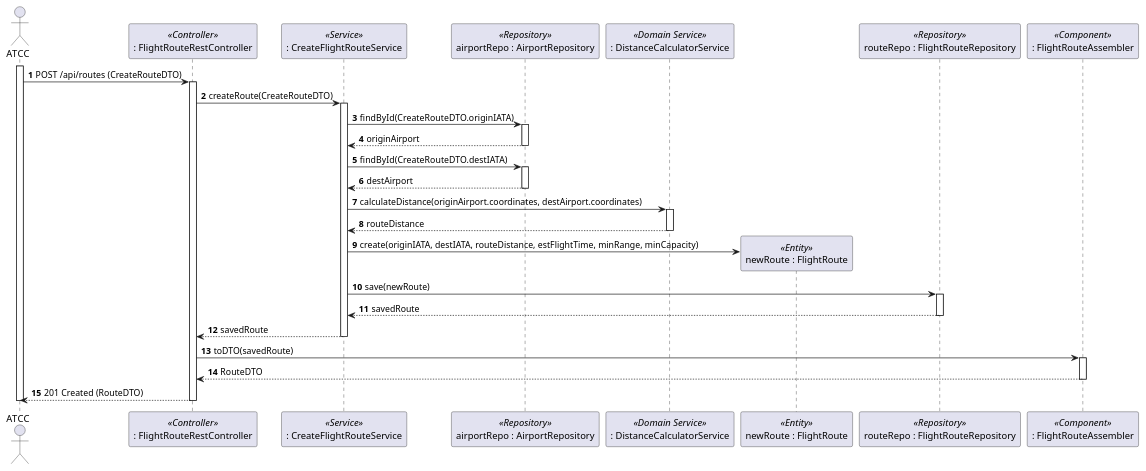
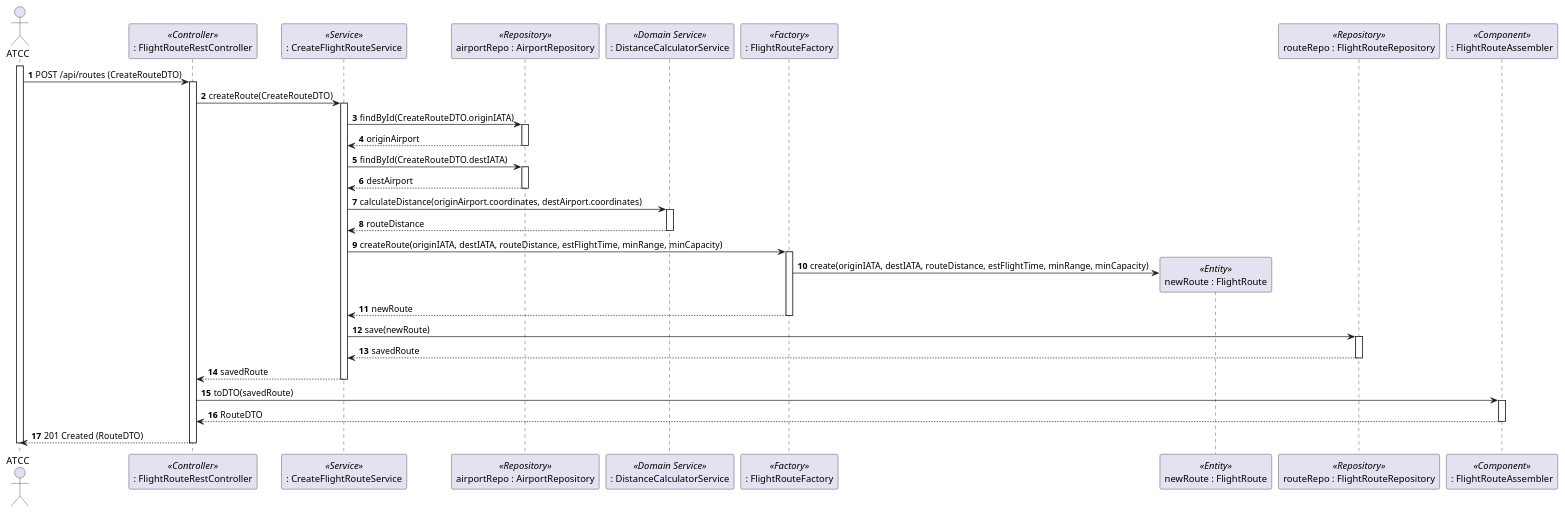
One commit to caetanotiago/PSOFT changed the diagram in docs/sytem-documentation/US110/puml/US110-SD.puml. Above: the diagram before and after it, drawn with PlantUML. The commit also changed 44 other files, not shown here.

```diff
--- a/docs/sytem-documentation/US110/puml/US110-SD.puml
+++ b/docs/sytem-documentation/US110/puml/US110-SD.puml
@@ -1,61 +1,66 @@
 @startuml
 autonumber
 actor "ATCC" as ATCC
 
 participant ": FlightRouteRestController" as Ctrl <<Controller>>
 participant ": CreateFlightRouteService" as Service <<Service>>
 participant "airportRepo : AirportRepository" as AirRepo <<Repository>>
 participant ": DistanceCalculatorService" as DistCalc <<Domain Service>>
+participant ": FlightRouteFactory" as Factory <<Factory>>
 participant "newRoute : FlightRoute" as Route <<Entity>>
 participant "routeRepo : FlightRouteRepository" as RouteRepo <<Repository>>
 participant ": FlightRouteAssembler" as Assembler <<Component>>
 
 activate ATCC
 
 ATCC -> Ctrl : POST /api/routes (CreateRouteDTO)
 activate Ctrl
 
 Ctrl -> Service : createRoute(CreateRouteDTO)
 activate Service
 
 ' Validate Origin Airport
 Service -> AirRepo : findById(CreateRouteDTO.originIATA)
 activate AirRepo
 AirRepo --> Service : originAirport
 deactivate AirRepo
 
 ' Validate Destination Airport
 Service -> AirRepo : findById(CreateRouteDTO.destIATA)
 activate AirRepo
 AirRepo --> Service : destAirport
 deactivate AirRepo
 
 ' Calculate Distance (Domain Logic)
 Service -> DistCalc : calculateDistance(originAirport.coordinates, destAirport.coordinates)
 activate DistCalc
 DistCalc --> Service : routeDistance
 deactivate DistCalc
 
-' Create Entity
-Service -> Route ** : create(originIATA, destIATA, routeDistance, estFlightTime, minRange, minCapacity)
+' Create Entity via Factory
+Service -> Factory : createRoute(originIATA, destIATA, routeDistance, estFlightTime, minRange, minCapacity)
+activate Factory
+Factory -> Route ** : create(originIATA, destIATA, routeDistance, estFlightTime, minRange, minCapacity)
+Factory --> Service : newRoute
+deactivate Factory
 
 ' Persist Entity
 Service -> RouteRepo : save(newRoute)
 activate RouteRepo
 RouteRepo --> Service : savedRoute
 deactivate RouteRepo
 
 Service --> Ctrl : savedRoute
 deactivate Service
 
 ' Convert to DTO
 Ctrl -> Assembler : toDTO(savedRoute)
 activate Assembler
 Assembler --> Ctrl : RouteDTO
 deactivate Assembler
 
 Ctrl --> ATCC : 201 Created (RouteDTO)
 deactivate Ctrl
 deactivate ATCC
 
 @enduml
```
